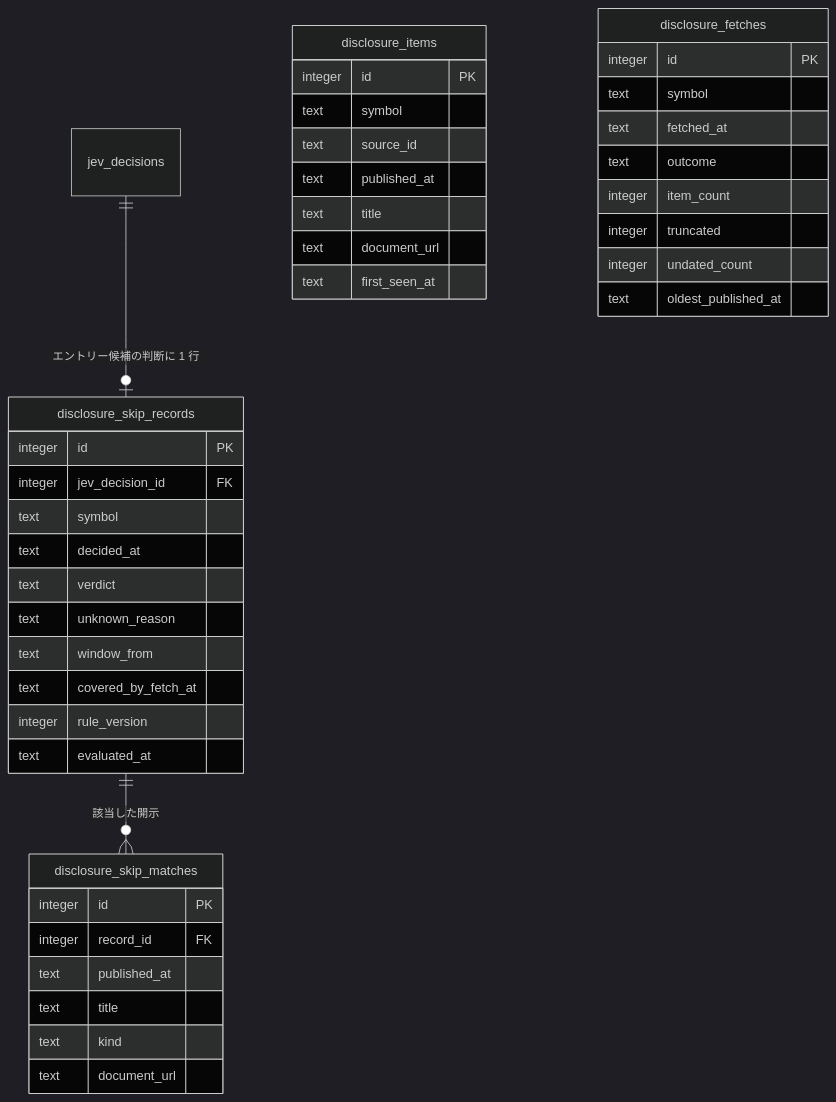
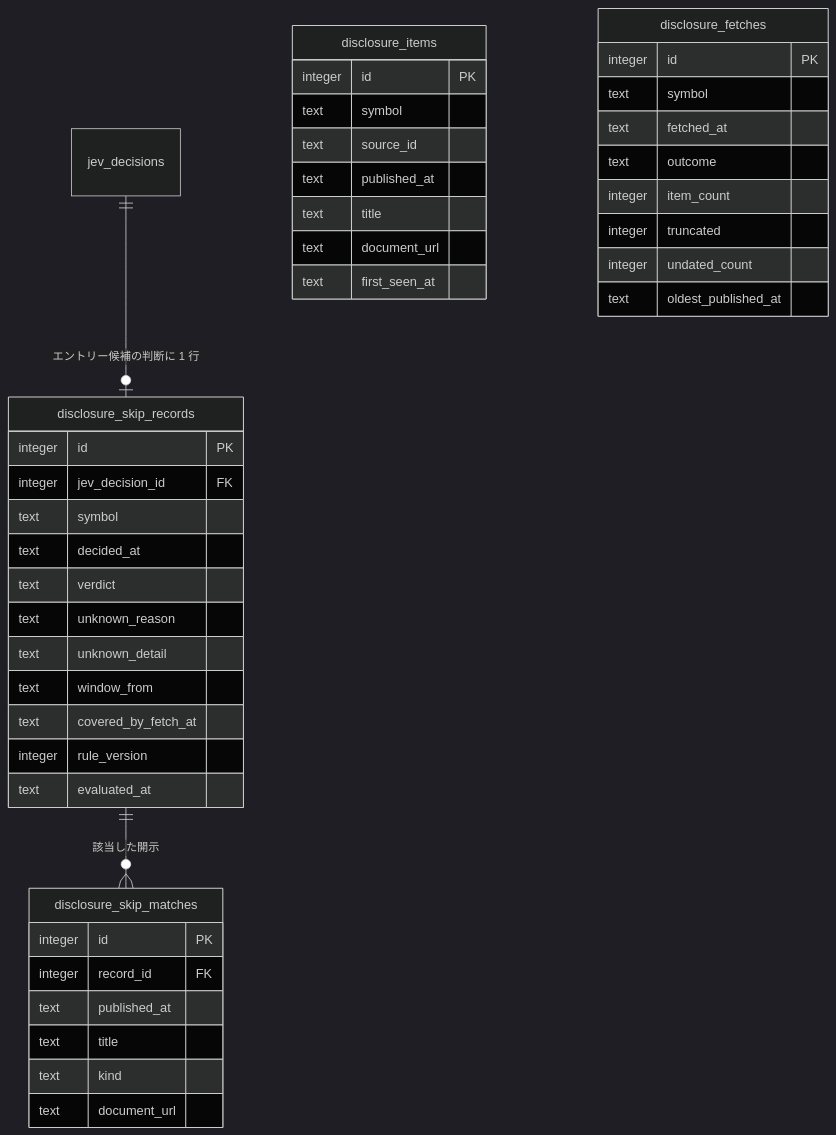
Before and after one commit to ousiassllc/pitha-trador: the diagram in docs/architecture/er/tables-disclosure.md, drawn with Mermaid (dark theme). The commit also changed other lines of this file and 30 other files, not shown here.

````diff
--- a/docs/architecture/er/tables-disclosure.md
+++ b/docs/architecture/er/tables-disclosure.md
@@ -7,44 +7,45 @@
 ```mermaid
 erDiagram
     jev_decisions ||--o| disclosure_skip_records : "エントリー候補の判断に 1 行"
     disclosure_skip_records ||--o{ disclosure_skip_matches : "該当した開示"
     disclosure_items {
         integer id PK
         text symbol
         text source_id
         text published_at
         text title
         text document_url
         text first_seen_at
     }
     disclosure_fetches {
         integer id PK
         text symbol
         text fetched_at
         text outcome
         integer item_count
         integer truncated
         integer undated_count
         text oldest_published_at
     }
     disclosure_skip_records {
         integer id PK
         integer jev_decision_id FK
         text symbol
         text decided_at
         text verdict
         text unknown_reason
+        text unknown_detail
         text window_from
         text covered_by_fetch_at
         integer rule_version
         text evaluated_at
     }
     disclosure_skip_matches {
         integer id PK
         integer record_id FK
         text published_at
         text title
         text kind
         text document_url
     }
 ```
````
